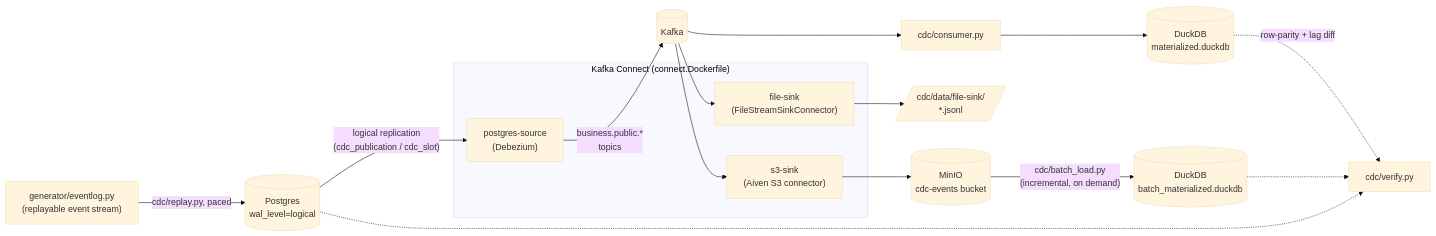
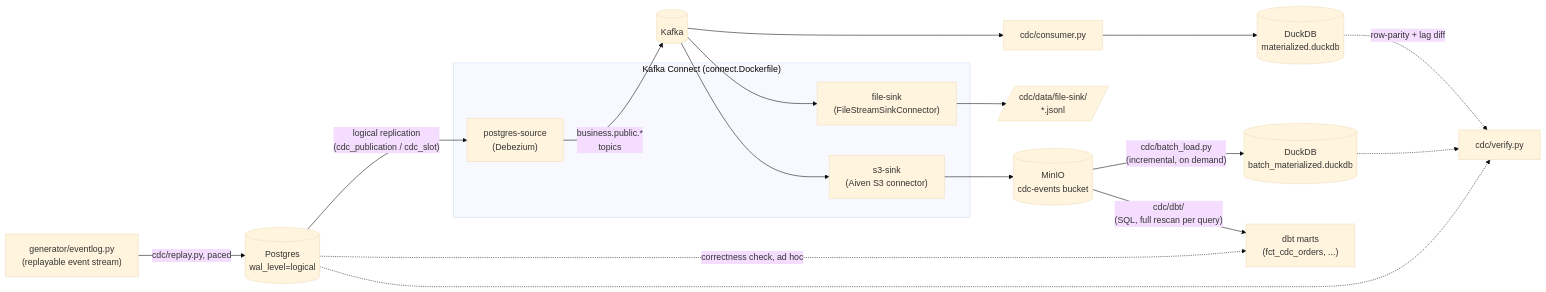
One commit to yuyangtj/analytics-agent-playground changed the diagram in cdc/README.md. Above: the diagram before and after it, drawn with Mermaid (base theme). The commit also changed other lines of this file and 17 other files, not shown here.

````diff
--- a/cdc/README.md
+++ b/cdc/README.md
@@ -8,26 +8,28 @@
 ```mermaid
 flowchart LR
     EL["generator/eventlog.py<br/>(replayable event stream)"] -->|cdc/replay.py, paced| PG[("Postgres<br/>wal_level=logical")]
 
     subgraph connect["Kafka Connect (connect.Dockerfile)"]
         DBZ["postgres-source<br/>(Debezium)"]
         FS["file-sink<br/>(FileStreamSinkConnector)"]
         S3["s3-sink<br/>(Aiven S3 connector)"]
     end
 
     PG -- "logical replication<br/>(cdc_publication / cdc_slot)" --> DBZ
     DBZ -->|"business.public.*<br/>topics"| KAFKA[("Kafka")]
     KAFKA --> FS
     KAFKA --> S3
     KAFKA --> CONSUMER["cdc/consumer.py"]
 
     FS --> FILE[/"cdc/data/file-sink/<br/>*.jsonl"/]
     S3 --> MINIO[("MinIO<br/>cdc-events bucket")]
     CONSUMER --> DUCK[("DuckDB<br/>materialized.duckdb")]
 
     MINIO -->|"cdc/batch_load.py<br/>(incremental, on demand)"| BATCHDUCK[("DuckDB<br/>batch_materialized.duckdb")]
+    MINIO -->|"cdc/dbt/<br/>(SQL, full rescan per query)"| DBT["dbt marts<br/>(fct_cdc_orders, ...)"]
 
     DUCK -.->|"row-parity + lag diff"| VERIFY["cdc/verify.py"]
     BATCHDUCK -.-> VERIFY
     PG -.-> VERIFY
+    PG -.->|"correctness check, ad hoc"| DBT
 ```
````
